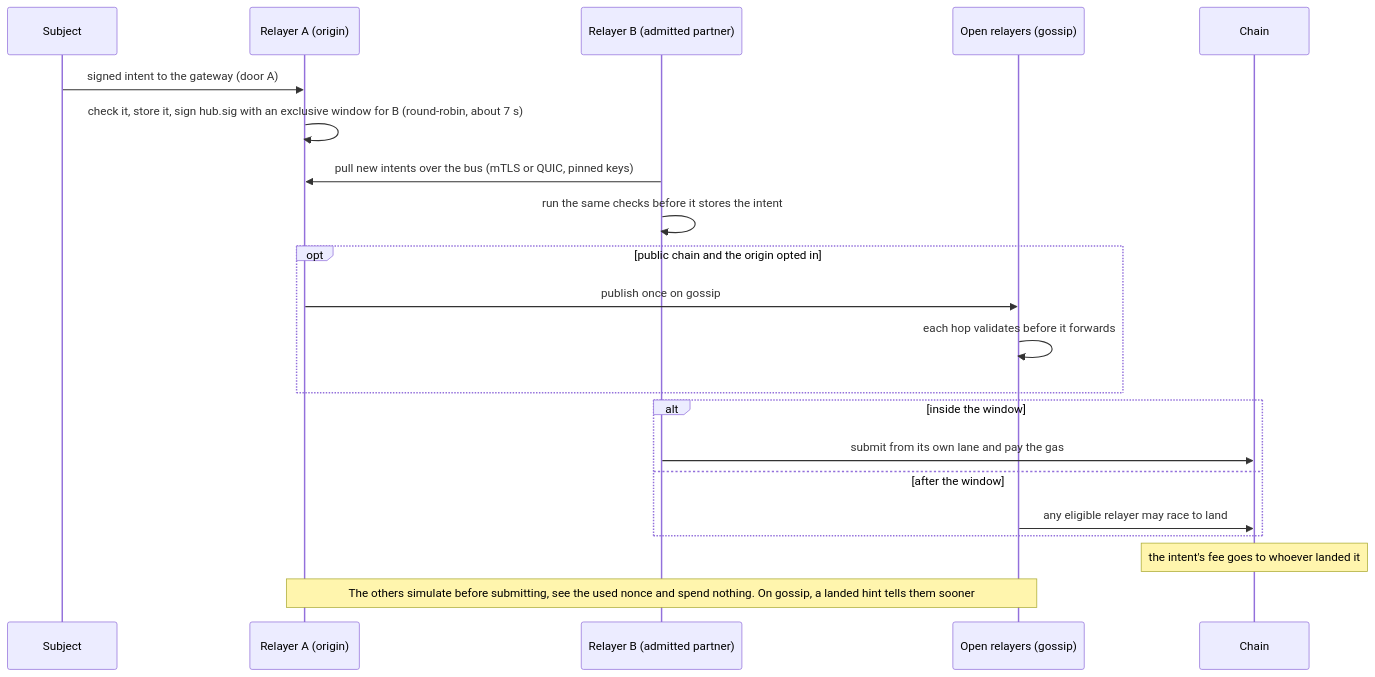
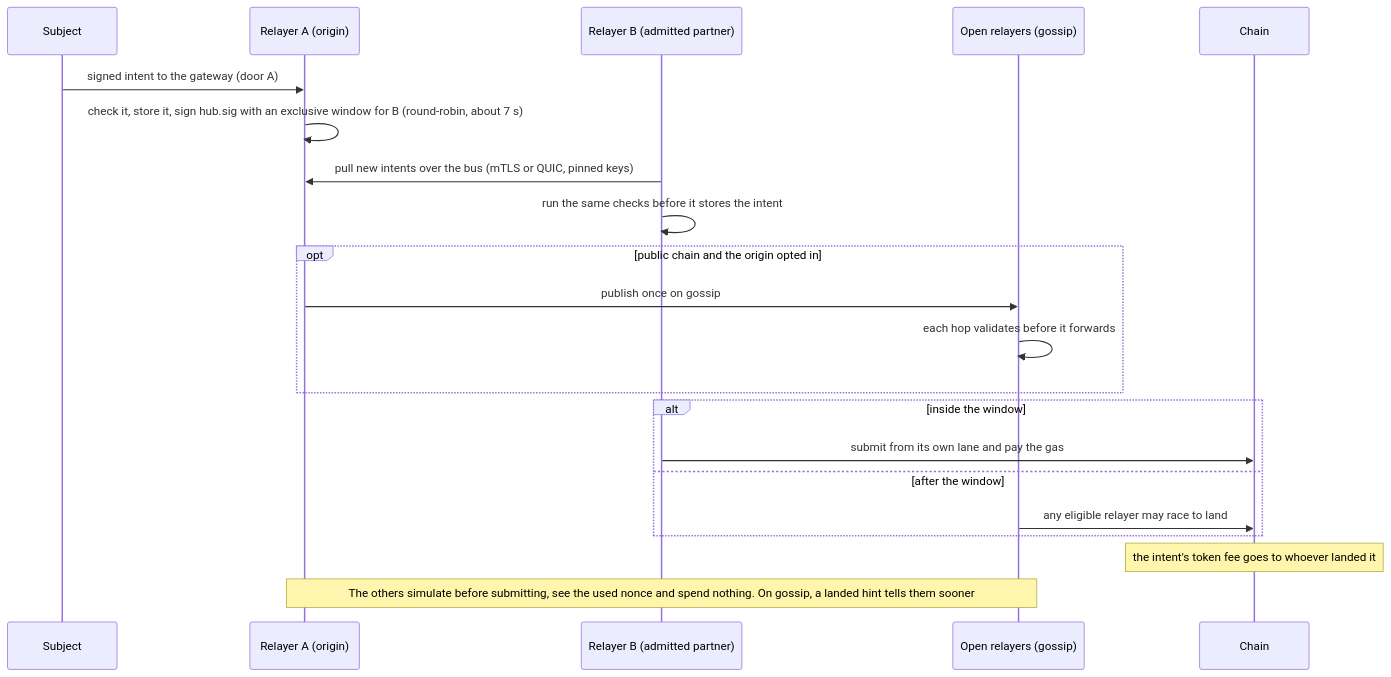
Before and after one commit to dinhduongha/scaas: the eighth of 9 diagrams in README.md, drawn with Mermaid. The commit also changed other lines of this file and 45 other files, not shown here.

````diff
--- a/README.md
+++ b/README.md
@@ -855,23 +873,23 @@
 ```mermaid
 sequenceDiagram
     participant S as Subject
     participant A as Relayer A (origin)
     participant B as Relayer B (admitted partner)
     participant O as Open relayers (gossip)
     participant C as Chain
     S->>A: signed intent to the gateway (door A)
     A->>A: check it, store it, sign hub.sig with an exclusive window for B (round-robin, about 7 s)
     B->>A: pull new intents over the bus (mTLS or QUIC, pinned keys)
     B->>B: run the same checks before it stores the intent
     opt public chain and the origin opted in
         A->>O: publish once on gossip
         O->>O: each hop validates before it forwards
     end
     alt inside the window
         B->>C: submit from its own lane and pay the gas
     else after the window
         O->>C: any eligible relayer may race to land
     end
-    Note over C: the intent's fee goes to whoever landed it
+    Note over C: the intent's token fee goes to whoever landed it
     Note over A,O: The others simulate before submitting, see the used nonce and spend nothing. On gossip, a landed hint tells them sooner
 ```
````
